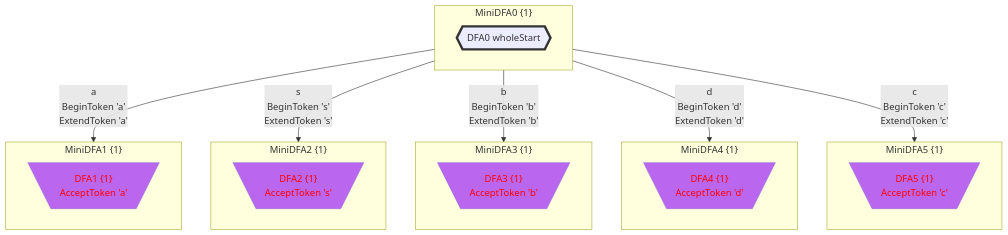
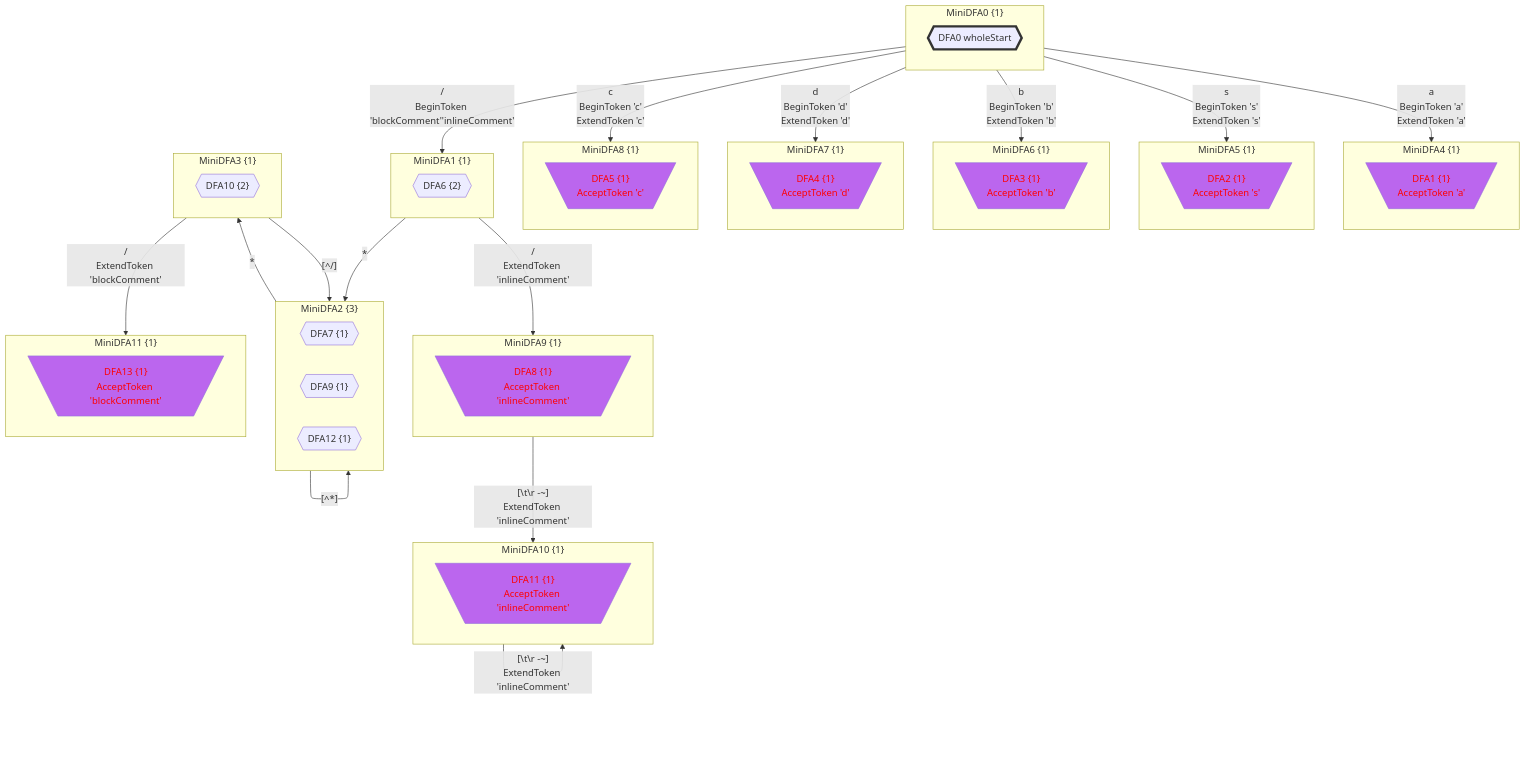
The sixth of 7 diagrams in Practices/Practice.GeneratedXxxFormat.Test/GeneratedSAB/doc/LexicalStates.gen.md (bitzhuwei/GrammarMentor), drawn with Mermaid before and after one commit. The commit also changed other lines of this file and 3868 other files, not shown here.

````diff
--- a/Practices/Practice.GeneratedXxxFormat.Test/GeneratedSAB/doc/LexicalStates.gen.md
+++ b/Practices/Practice.GeneratedXxxFormat.Test/GeneratedSAB/doc/LexicalStates.gen.md
@@ -591,54 +981,97 @@
 classDef c1101 stroke:#333,stroke-width:4px,fill:#BB66EE,color:#FF0000;
 classDef c1110 stroke:#333,stroke-width:4px,fill:#BB66EE,stroke-dasharray: 10 10;
 classDef c1111 stroke:#333,stroke-width:4px,fill:#BB66EE,stroke-dasharray: 10 10,color:#FF0000;
-subgraph MiniDFA0_1624780686["MiniDFA0 {1}"]
-DFA0_1923463421_0{{"DFA0 wholeStart"}}
-class DFA0_1923463421_0 c1000;
+subgraph MiniDFA0_266130706["MiniDFA0 {1}"]
+DFA0_-2011742570_0{{"DFA0 wholeStart"}}
+class DFA0_-2011742570_0 c1000;
 end
-class MiniDFA0_1624780686 c1000;
-subgraph MiniDFA1_-194746031["MiniDFA1 {1}"]
-DFA1_-694928352_1[\"DFA1 {1}
+class MiniDFA0_266130706 c1000;
+subgraph MiniDFA4_1173141555["MiniDFA4 {1}"]
+DFA1_965118415_1[\"DFA1 {1}
 AcceptToken 'a'"/]
-class DFA1_-694928352_1 c0101;
+class DFA1_965118415_1 c0101;
 end
-class MiniDFA1_-194746031 c0101;
-subgraph MiniDFA2_1371428703["MiniDFA2 {1}"]
-DFA2_1430363654_2[\"DFA2 {1}
+class MiniDFA4_1173141555 c0101;
+subgraph MiniDFA5_1460028246["MiniDFA5 {1}"]
+DFA2_-1841752797_2[\"DFA2 {1}
 AcceptToken 's'"/]
-class DFA2_1430363654_2 c0101;
+class DFA2_-1841752797_2 c0101;
 end
-class MiniDFA2_1371428703 c0101;
-subgraph MiniDFA3_-2016048439["MiniDFA3 {1}"]
-DFA3_-1559980011_3[\"DFA3 {1}
+class MiniDFA5_1460028246 c0101;
+subgraph MiniDFA6_-2120954286["MiniDFA6 {1}"]
+DFA3_1913146111_3[\"DFA3 {1}
 AcceptToken 'b'"/]
-class DFA3_-1559980011_3 c0101;
+class DFA3_1913146111_3 c0101;
 end
-class MiniDFA3_-2016048439 c0101;
-subgraph MiniDFA4_-7959560["MiniDFA4 {1}"]
-DFA4_1206467762_4[\"DFA4 {1}
+class MiniDFA6_-2120954286 c0101;
+subgraph MiniDFA7_-329204845["MiniDFA7 {1}"]
+DFA4_1623093623_4[\"DFA4 {1}
 AcceptToken 'd'"/]
-class DFA4_1206467762_4 c0101;
+class DFA4_1623093623_4 c0101;
 end
-class MiniDFA4_-7959560 c0101;
-subgraph MiniDFA5_1506712241["MiniDFA5 {1}"]
-DFA5_-1793880414_5[\"DFA5 {1}
+class MiniDFA7_-329204845 c0101;
+subgraph MiniDFA8_2134578056["MiniDFA8 {1}"]
+DFA5_1525692439_5[\"DFA5 {1}
 AcceptToken 'c'"/]
-class DFA5_-1793880414_5 c0101;
+class DFA5_1525692439_5 c0101;
 end
-class MiniDFA5_1506712241 c0101;
-MiniDFA0_1624780686 -->|"a
+class MiniDFA8_2134578056 c0101;
+subgraph MiniDFA1_1733509379["MiniDFA1 {1}"]
+DFA6_1862687141_6{{"DFA6 {2}"}}
+end
+subgraph MiniDFA2_-340209735["MiniDFA2 {3}"]
+DFA7_1742648909_7{{"DFA7 {1}"}}
+DFA9_-354726560_8{{"DFA9 {1}"}}
+DFA12_-1735644823_9{{"DFA12 {1}"}}
+end
+subgraph MiniDFA9_52617251["MiniDFA9 {1}"]
+DFA8_-988443997_10[\"DFA8 {1}
+AcceptToken 'inlineComment'"/]
+class DFA8_-988443997_10 c0101;
+end
+class MiniDFA9_52617251 c0101;
+subgraph MiniDFA3_736710712["MiniDFA3 {1}"]
+DFA10_323920158_11{{"DFA10 {2}"}}
+end
+subgraph MiniDFA10_1666738974["MiniDFA10 {1}"]
+DFA11_-378200846_12[\"DFA11 {1}
+AcceptToken 'inlineComment'"/]
+class DFA11_-378200846_12 c0101;
+end
+class MiniDFA10_1666738974 c0101;
+subgraph MiniDFA11_821581297["MiniDFA11 {1}"]
+DFA13_1233218362_13[\"DFA13 {1}
+AcceptToken 'blockComment'"/]
+class DFA13_1233218362_13 c0101;
+end
+class MiniDFA11_821581297 c0101;
+MiniDFA0_266130706 -->|"a
 BeginToken 'a'
-ExtendToken 'a'"|MiniDFA1_-194746031
-MiniDFA0_1624780686 -->|"s
+ExtendToken 'a'"|MiniDFA4_1173141555
+MiniDFA0_266130706 -->|"s
 BeginToken 's'
-ExtendToken 's'"|MiniDFA2_1371428703
-MiniDFA0_1624780686 -->|"b
+ExtendToken 's'"|MiniDFA5_1460028246
+MiniDFA0_266130706 -->|"b
 BeginToken 'b'
-ExtendToken 'b'"|MiniDFA3_-2016048439
-MiniDFA0_1624780686 -->|"d
+ExtendToken 'b'"|MiniDFA6_-2120954286
+MiniDFA0_266130706 -->|"d
 BeginToken 'd'
-ExtendToken 'd'"|MiniDFA4_-7959560
-MiniDFA0_1624780686 -->|"c
+ExtendToken 'd'"|MiniDFA7_-329204845
+MiniDFA0_266130706 -->|"c
 BeginToken 'c'
-ExtendToken 'c'"|MiniDFA5_1506712241
+ExtendToken 'c'"|MiniDFA8_2134578056
+MiniDFA0_266130706 -->|"/
+BeginToken 'blockComment''inlineComment'"|MiniDFA1_1733509379
+MiniDFA1_1733509379 -->|"*"|MiniDFA2_-340209735
+MiniDFA1_1733509379 -->|"/
+ExtendToken 'inlineComment'"|MiniDFA9_52617251
+MiniDFA2_-340209735 -->|"[^*]"|MiniDFA2_-340209735
+MiniDFA2_-340209735 -->|"*"|MiniDFA3_736710712
+MiniDFA9_52617251 -->|"[#92;t#92;r#32;-~]
+ExtendToken 'inlineComment'"|MiniDFA10_1666738974
+MiniDFA3_736710712 -->|"[^/]"|MiniDFA2_-340209735
+MiniDFA3_736710712 -->|"/
+ExtendToken 'blockComment'"|MiniDFA11_821581297
+MiniDFA10_1666738974 -->|"[#92;t#92;r#32;-~]
+ExtendToken 'inlineComment'"|MiniDFA10_1666738974
 ```
````
